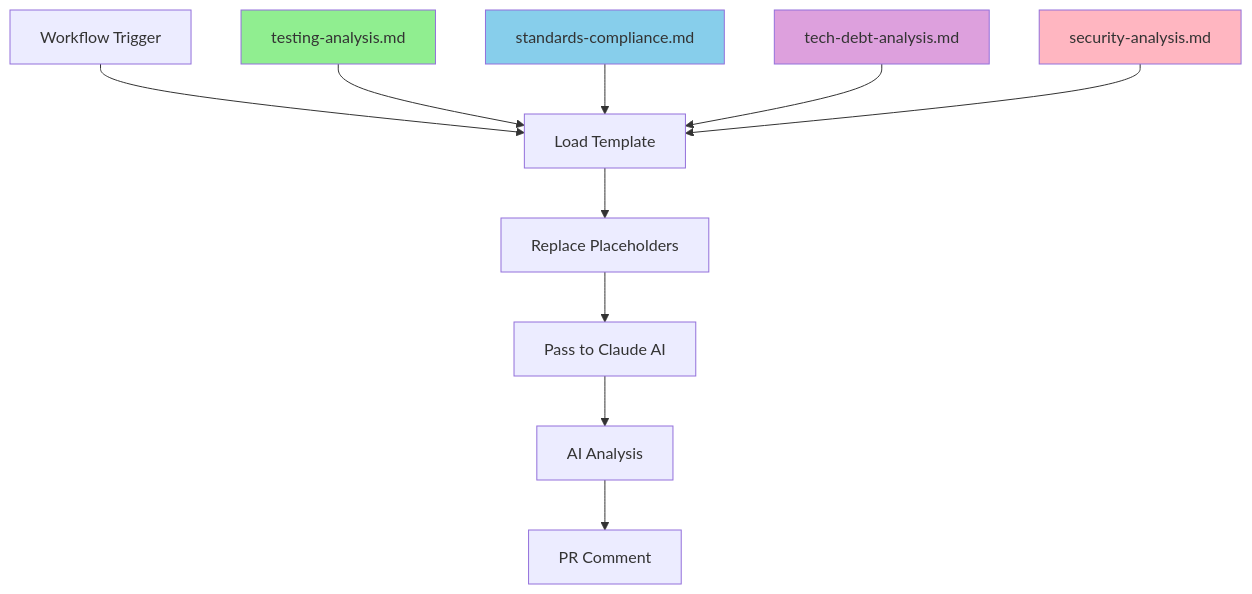
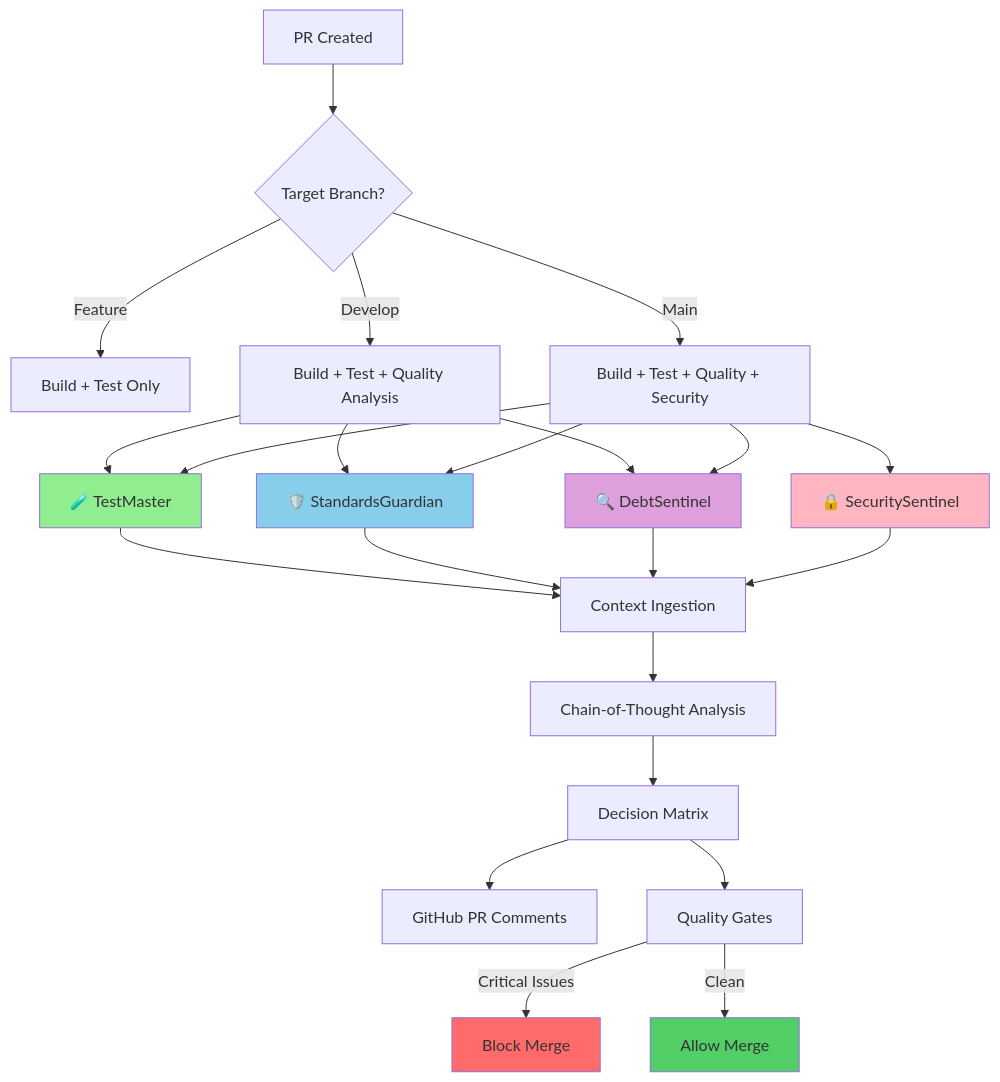
The diagram in .github/prompts/README.md (Zarichney-Development/zarichney-api), drawn with Mermaid before and after one commit. The commit also changed other lines of this file and 7 other files, not shown here.

First line of the commit message:
refactor: remove Git standards enforcement from AI code review

````diff
--- a/.github/prompts/README.md
+++ b/.github/prompts/README.md
@@ -40,19 +44,36 @@
 ```mermaid
 graph TD
-    A[Workflow Trigger] --> B[Load Template]
-    B --> C[Replace Placeholders]
-    C --> D[Pass to Claude AI]
+    A[PR Created] --> B{Target Branch?}
+    B -->|Feature| C[Build + Test Only]
+    B -->|Develop| D[Build + Test + Quality Analysis]
+    B -->|Main| E[Build + Test + Quality + Security]
     
-    E[testing-analysis.md] --> B
-    F[standards-compliance.md] --> B
-    G[tech-debt-analysis.md] --> B
-    H[security-analysis.md] --> B
+    D --> F[🧪 TestMaster]
+    D --> G[🛡️ StandardsGuardian] 
+    D --> H[🔍 DebtSentinel]
     
-    D --> I[AI Analysis]
-    I --> J[PR Comment]
+    E --> F
+    E --> G
+    E --> H
+    E --> I[🔒 SecuritySentinel]
     
-    style E fill:#90EE90
-    style F fill:#87CEEB
-    style G fill:#DDA0DD
-    style H fill:#FFB6C1
+    F --> J[Context Ingestion]
+    G --> J
+    H --> J
+    I --> J
+    
+    J --> K[Chain-of-Thought Analysis]
+    K --> L[Decision Matrix]
+    L --> M[GitHub PR Comments]
+    L --> N[Quality Gates]
+    
+    N -->|Critical Issues| O[Block Merge]
+    N -->|Clean| P[Allow Merge]
+    
+    style F fill:#90EE90
+    style G fill:#87CEEB
+    style H fill:#DDA0DD
+    style I fill:#FFB6C1
+    style O fill:#FF6B6B
+    style P fill:#51CF66
 ```
````
